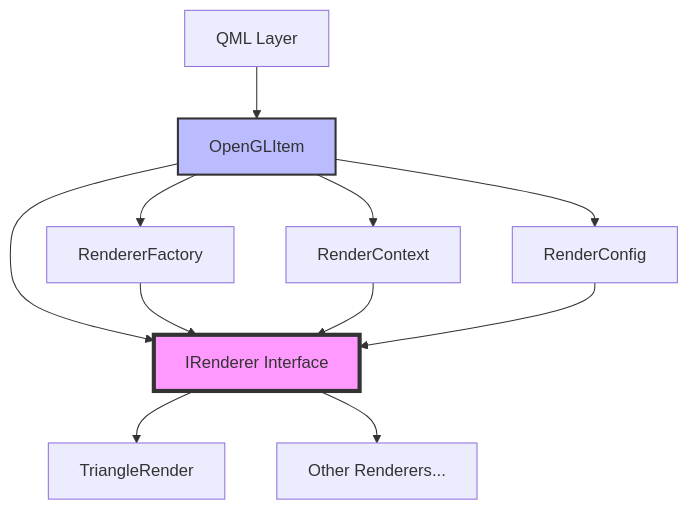
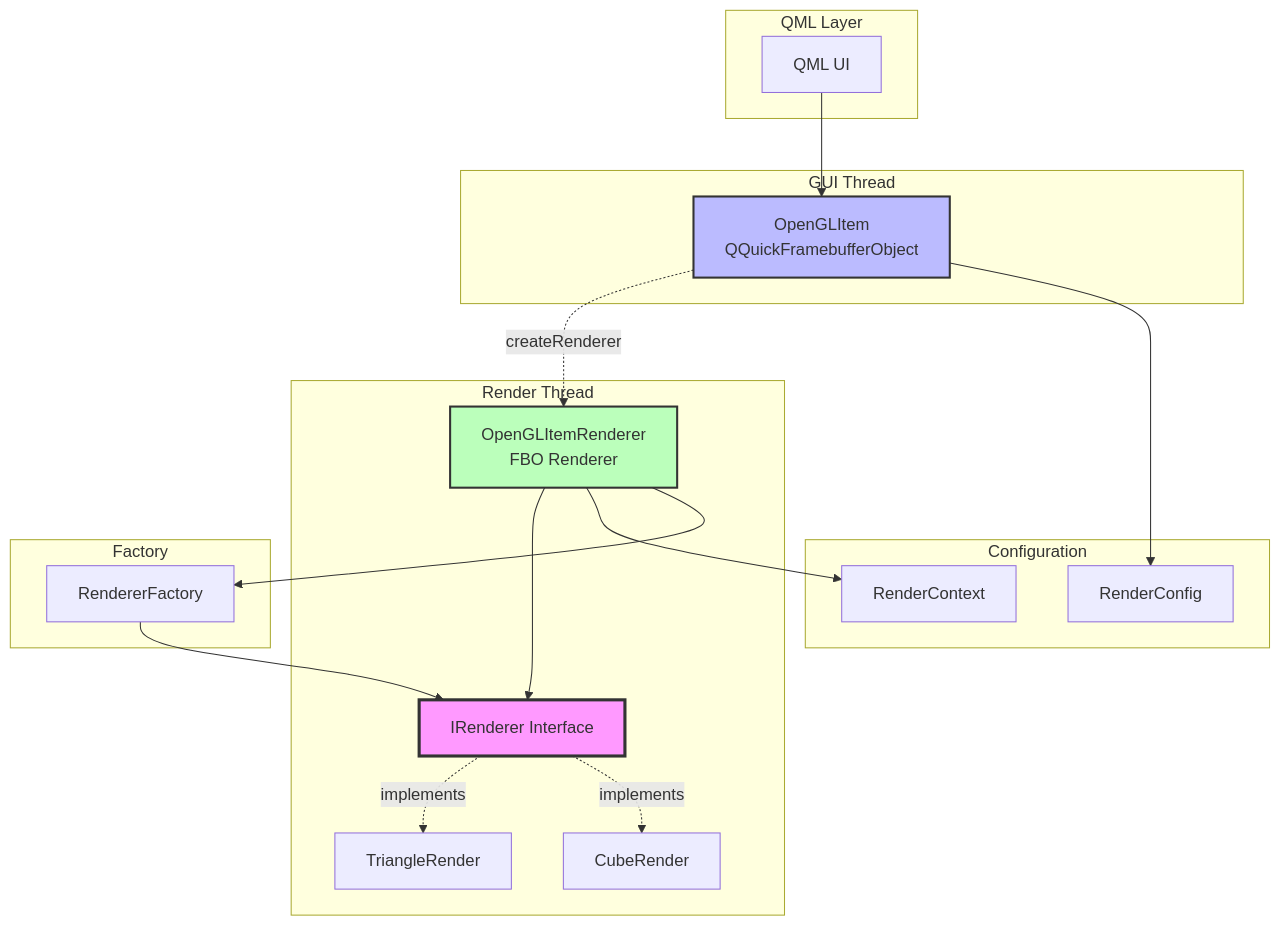
One commit to banned104/QTAllinOne changed the diagram in docs/Engine/design.md. Above: the diagram before and after it, drawn with Mermaid. The commit also changed other lines of this file and 4 other files, not shown here.

````diff
--- a/docs/Engine/design.md
+++ b/docs/Engine/design.md
@@ -18,19 +28,42 @@
 ```mermaid
 graph TB
-    QML[QML Layer] --> OpenGLItem
-    OpenGLItem --> IRenderer[IRenderer Interface]
-    IRenderer --> TriangleRender[TriangleRender]
-    IRenderer --> OtherRenderer[Other Renderers...]
+    subgraph "QML Layer"
+        QML[QML UI]
+    end
+    
+    subgraph "GUI Thread"
+        OpenGLItem[OpenGLItem<br/>QQuickFramebufferObject]
+    end
+    
+    subgraph "Render Thread"
+        OpenGLItemRenderer[OpenGLItemRenderer<br/>FBO Renderer]
+        IRenderer[IRenderer Interface]
+        TriangleRender[TriangleRender]
+        CubeRender[CubeRender]
+    end
+    
+    subgraph "Configuration"
+        RenderConfig[RenderConfig]
+        RenderContext[RenderContext]
+    end
+    
+    subgraph "Factory"
+        RendererFactory[RendererFactory]
+    end
+    
+    QML --> OpenGLItem
+    OpenGLItem -.createRenderer.-> OpenGLItemRenderer
+    OpenGLItem --> RenderConfig
+    
+    OpenGLItemRenderer --> IRenderer
+    OpenGLItemRenderer --> RenderContext
+    OpenGLItemRenderer --> RendererFactory
     
     RendererFactory --> IRenderer
-    OpenGLItem --> RendererFactory
+    IRenderer -.implements.-> TriangleRender
+    IRenderer -.implements.-> CubeRender
     
-    RenderContext --> IRenderer
-    RenderConfig --> IRenderer
-    
-    OpenGLItem --> RenderContext
-    OpenGLItem --> RenderConfig
-
-    style IRenderer fill:#f9f,stroke:#333,stroke-width:4px
+    style IRenderer fill:#f9f,stroke:#333,stroke-width:3px
     style OpenGLItem fill:#bbf,stroke:#333,stroke-width:2px
+    style OpenGLItemRenderer fill:#bfb,stroke:#333,stroke-width:2px
 ```
````
